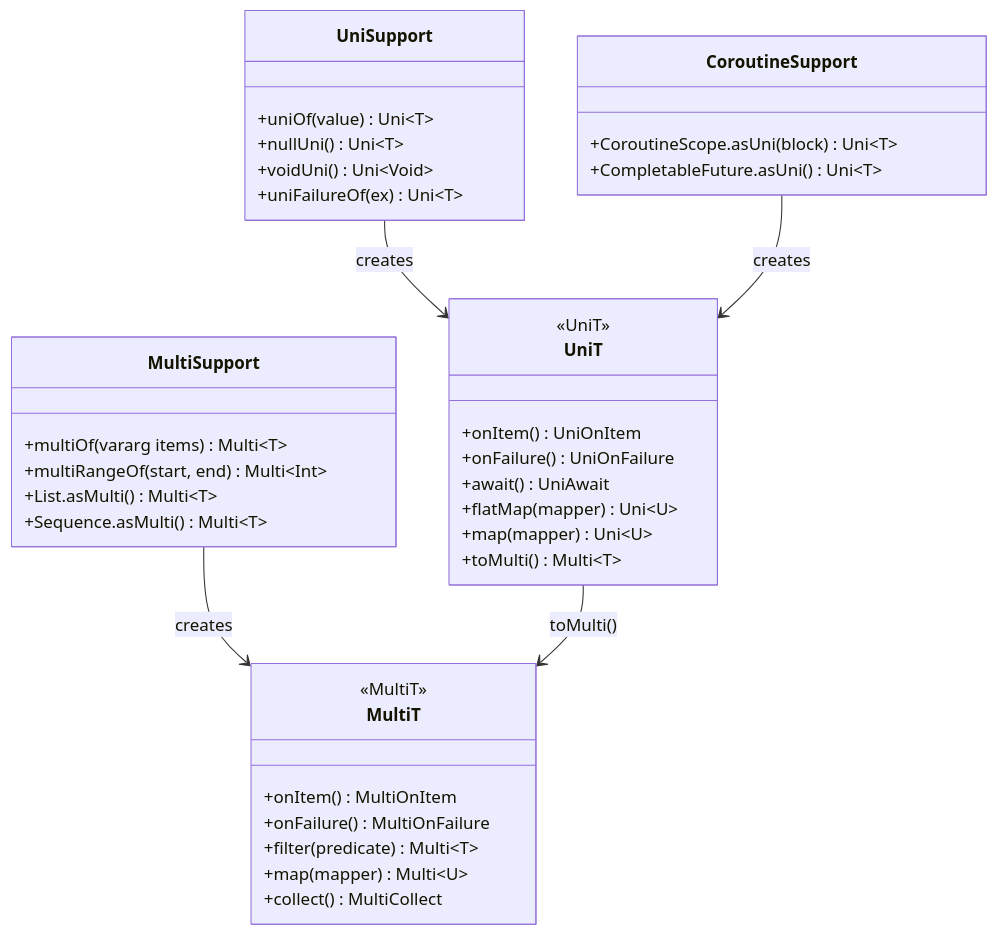
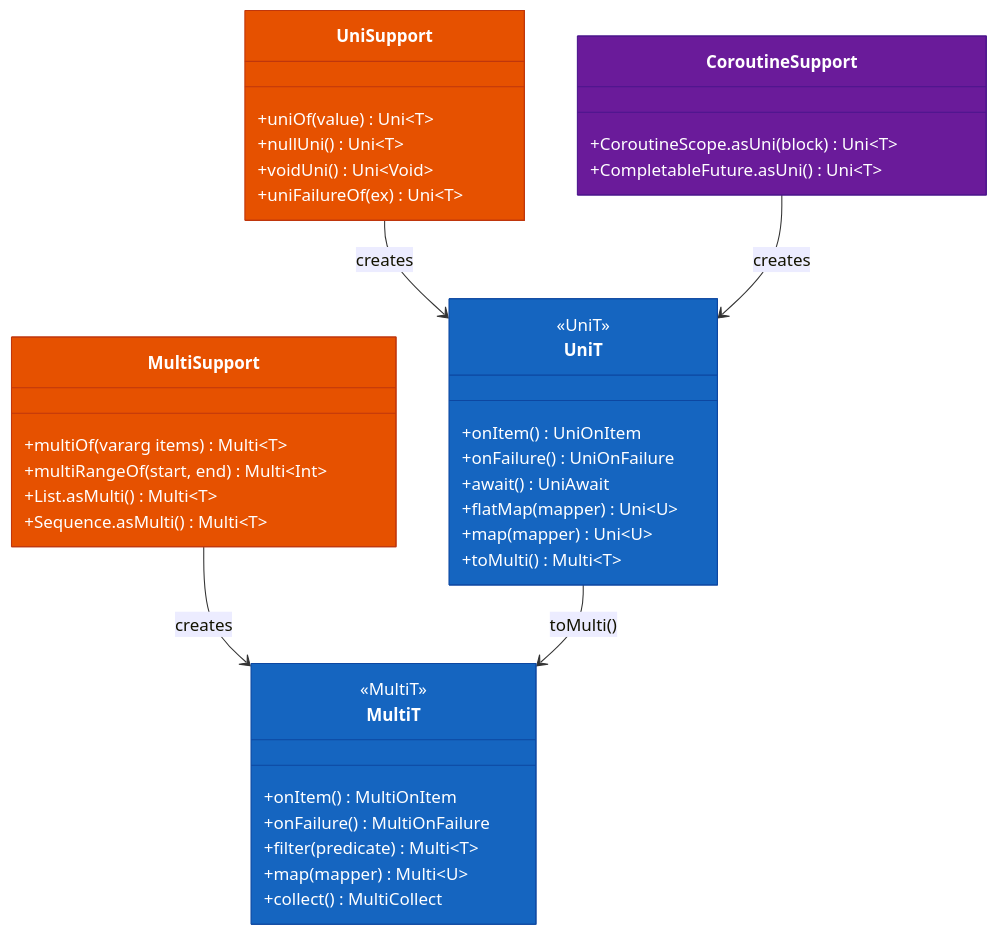
Before and after one commit to bluetape4k/bluetape4k-projects: the first of 3 diagrams in utils/mutiny/README.md, drawn with Mermaid. The commit also changed other lines of this file and 221 other files, not shown here.

First line of the commit message:
docs: 전체 모듈 README UML 다이어그램 보강 및 색상 업그레이드

````diff
--- a/utils/mutiny/README.md
+++ b/utils/mutiny/README.md
@@ -232,42 +232,47 @@
 ```mermaid
 classDiagram
     class UniT {
         <<UniT>>
         +onItem() UniOnItem
         +onFailure() UniOnFailure
         +await() UniAwait
         +flatMap(mapper) Uni~U~
         +map(mapper) Uni~U~
         +toMulti() Multi~T~
     }
     class MultiT {
         <<MultiT>>
         +onItem() MultiOnItem
         +onFailure() MultiOnFailure
         +filter(predicate) Multi~T~
         +map(mapper) Multi~U~
         +collect() MultiCollect
     }
     class UniSupport {
         +uniOf(value) Uni~T~
         +nullUni() Uni~T~
         +voidUni() Uni~Void~
         +uniFailureOf(ex) Uni~T~
     }
     class MultiSupport {
         +multiOf(vararg items) Multi~T~
         +multiRangeOf(start, end) Multi~Int~
         +List.asMulti() Multi~T~
         +Sequence.asMulti() Multi~T~
     }
     class CoroutineSupport {
         +CoroutineScope.asUni(block) Uni~T~
         +CompletableFuture.asUni() Uni~T~
     }
 
     UniSupport --> UniT : creates
     MultiSupport --> MultiT : creates
     CoroutineSupport --> UniT : creates
     UniT --> MultiT : toMulti()
 
+    style UniT fill:#1565C0,stroke:#0D47A1,color:#FFFFFF
+    style MultiT fill:#1565C0,stroke:#0D47A1,color:#FFFFFF
+    style UniSupport fill:#E65100,stroke:#BF360C,color:#FFFFFF
+    style MultiSupport fill:#E65100,stroke:#BF360C,color:#FFFFFF
+    style CoroutineSupport fill:#6A1B9A,stroke:#4A148C,color:#FFFFFF
 ```
````
